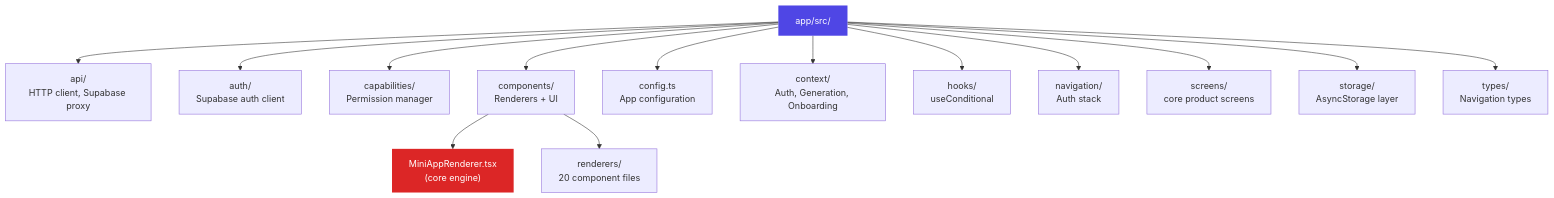
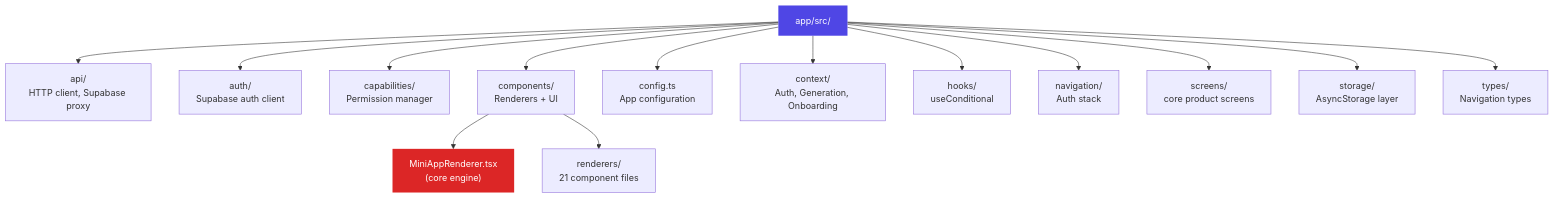
Before and after one commit to wartelth/baristapp: the first of 2 diagrams in docs/docs/app/overview.md, drawn with Mermaid. The commit also changed 21 other files, not shown here.

````diff
--- a/docs/docs/app/overview.md
+++ b/docs/docs/app/overview.md
@@ -26,21 +26,21 @@
 ```mermaid
 graph TD
     App["app/src/"]
     App --> API["api/<br/>HTTP client, Supabase proxy"]
     App --> Auth["auth/<br/>Supabase auth client"]
     App --> Caps["capabilities/<br/>Permission manager"]
     App --> Comp["components/<br/>Renderers + UI"]
     App --> Config["config.ts<br/>App configuration"]
     App --> Ctx["context/<br/>Auth, Generation, Onboarding"]
     App --> Hooks["hooks/<br/>useConditional"]
     App --> Nav["navigation/<br/>Auth stack"]
     App --> Screens["screens/<br/>core product screens"]
     App --> Storage["storage/<br/>AsyncStorage layer"]
     App --> Types["types/<br/>Navigation types"]
 
     Comp --> MR["MiniAppRenderer.tsx<br/>(core engine)"]
-    Comp --> Rend["renderers/<br/>20 component files"]
+    Comp --> Rend["renderers/<br/>21 component files"]
 
     style App fill:#4f46e5,color:#fff,stroke:none
     style MR fill:#dc2626,color:#fff,stroke:none
 ```
````
